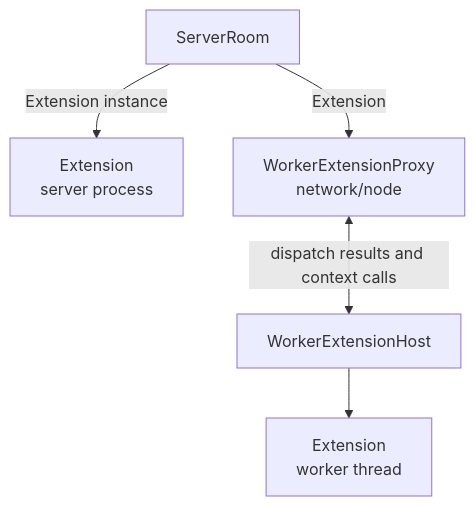
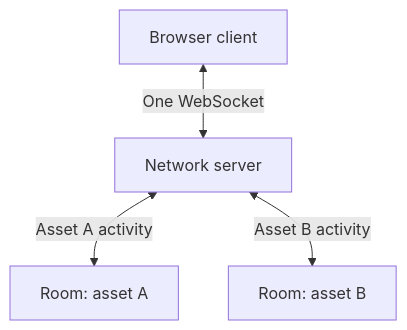
One commit to JollyPixel/editor changed the first of 4 diagrams in packages/network/ARCHITECTURE.md. Above: the diagram before and after it, drawn with Mermaid. The commit also changed other lines of this file and 79 other files, not shown here.

Commit message:
refactor(network)!: improve architecture (#941)

````diff
--- a/packages/network/ARCHITECTURE.md
+++ b/packages/network/ARCHITECTURE.md
@@ -269,7 +11,6 @@
 ```mermaid
 flowchart TD
-  ServerRoom["ServerRoom"] -->|"Extension instance"| InProcess["Extension<br/>server process"]
-  ServerRoom -->|"Extension"| Proxy["WorkerExtensionProxy<br/>network/node"]
-  Proxy <-->|"dispatch results and context calls"| Host["WorkerExtensionHost"]
-  Host --> WorkerExtension["Extension<br/>worker thread"]
+  Client["Browser client"] <-->|"One WebSocket"| Server["Network server"]
+  Server <-->|"Asset A activity"| RoomA["Room: asset A"]
+  Server <-->|"Asset B activity"| RoomB["Room: asset B"]
 ```
````
